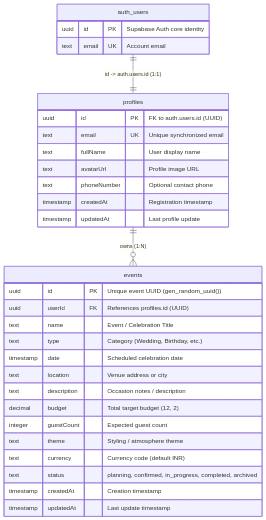
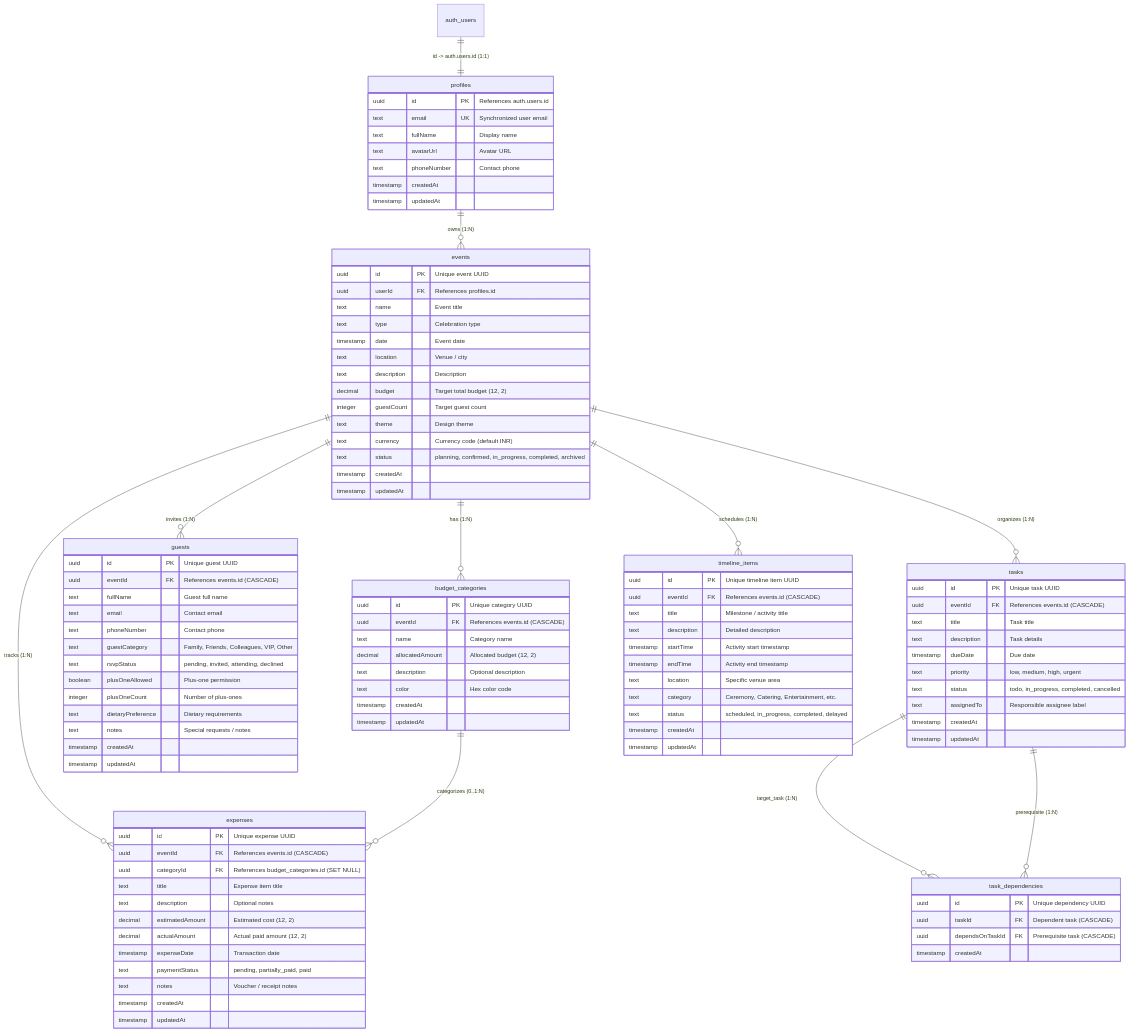
Before and after one commit to ZEESHAN0603/PromptWar: the diagram in docs/database-design.md, drawn with Mermaid. The commit also changed other lines of this file and 38 other files, not shown here.

Commit message:
Phase 3 Completed -- Budget, Guests & Timeline

````diff
--- a/docs/database-design.md
+++ b/docs/database-design.md
@@ -16,36 +16,115 @@
 erDiagram
     auth_users ||--|| profiles : "id -> auth.users.id (1:1)"
     profiles ||--o{ events : "owns (1:N)"
-
-    auth_users {
-        uuid id PK "Supabase Auth core identity"
-        text email UK "Account email"
-    }
+    events ||--o{ budget_categories : "has (1:N)"
+    events ||--o{ expenses : "tracks (1:N)"
+    budget_categories ||--o{ expenses : "categorizes (0..1:N)"
+    events ||--o{ guests : "invites (1:N)"
+    events ||--o{ tasks : "organizes (1:N)"
+    tasks ||--o{ task_dependencies : "target_task (1:N)"
+    tasks ||--o{ task_dependencies : "prerequisite (1:N)"
+    events ||--o{ timeline_items : "schedules (1:N)"
 
     profiles {
-        uuid id PK "FK to auth.users.id (UUID)"
-        text email UK "Unique synchronized email"
-        text fullName "User display name"
-        text avatarUrl "Profile image URL"
-        text phoneNumber "Optional contact phone"
-        timestamp createdAt "Registration timestamp"
-        timestamp updatedAt "Last profile update"
+        uuid id PK "References auth.users.id"
+        text email UK "Synchronized user email"
+        text fullName "Display name"
+        text avatarUrl "Avatar URL"
+        text phoneNumber "Contact phone"
+        timestamp createdAt
+        timestamp updatedAt
     }
 
     events {
-        uuid id PK "Unique event UUID (gen_random_uuid())"
-        uuid userId FK "References profiles.id (UUID)"
-        text name "Event / Celebration Title"
-        text type "Category (Wedding, Birthday, etc.)"
-        timestamp date "Scheduled celebration date"
-        text location "Venue address or city"
-        text description "Occasion notes / description"
-        decimal budget "Total target budget (12, 2)"
-        integer guestCount "Expected guest count"
-        text theme "Styling / atmosphere theme"
+        uuid id PK "Unique event UUID"
+        uuid userId FK "References profiles.id"
+        text name "Event title"
+        text type "Celebration type"
+        timestamp date "Event date"
+        text location "Venue / city"
+        text description "Description"
+        decimal budget "Target total budget (12, 2)"
+        integer guestCount "Target guest count"
+        text theme "Design theme"
         text currency "Currency code (default INR)"
         text status "planning, confirmed, in_progress, completed, archived"
-        timestamp createdAt "Creation timestamp"
-        timestamp updatedAt "Last update timestamp"
+        timestamp createdAt
+        timestamp updatedAt
+    }
+
+    budget_categories {
+        uuid id PK "Unique category UUID"
+        uuid eventId FK "References events.id (CASCADE)"
+        text name "Category name"
+        decimal allocatedAmount "Allocated budget (12, 2)"
+        text description "Optional description"
+        text color "Hex color code"
+        timestamp createdAt
+        timestamp updatedAt
+    }
+
+    expenses {
+        uuid id PK "Unique expense UUID"
+        uuid eventId FK "References events.id (CASCADE)"
+        uuid categoryId FK "References budget_categories.id (SET NULL)"
+        text title "Expense item title"
+        text description "Optional notes"
+        decimal estimatedAmount "Estimated cost (12, 2)"
+        decimal actualAmount "Actual paid amount (12, 2)"
+        timestamp expenseDate "Transaction date"
+        text paymentStatus "pending, partially_paid, paid"
+        text notes "Voucher / receipt notes"
+        timestamp createdAt
+        timestamp updatedAt
+    }
+
+    guests {
+        uuid id PK "Unique guest UUID"
+        uuid eventId FK "References events.id (CASCADE)"
+        text fullName "Guest full name"
+        text email "Contact email"
+        text phoneNumber "Contact phone"
+        text guestCategory "Family, Friends, Colleagues, VIP, Other"
+        text rsvpStatus "pending, invited, attending, declined"
+        boolean plusOneAllowed "Plus-one permission"
+        integer plusOneCount "Number of plus-ones"
+        text dietaryPreference "Dietary requirements"
+        text notes "Special requests / notes"
+        timestamp createdAt
+        timestamp updatedAt
+    }
+
+    tasks {
+        uuid id PK "Unique task UUID"
+        uuid eventId FK "References events.id (CASCADE)"
+        text title "Task title"
+        text description "Task details"
+        timestamp dueDate "Due date"
+        text priority "low, medium, high, urgent"
+        text status "todo, in_progress, completed, cancelled"
+        text assignedTo "Responsible assignee label"
+        timestamp createdAt
+        timestamp updatedAt
+    }
+
+    task_dependencies {
+        uuid id PK "Unique dependency UUID"
+        uuid taskId FK "Dependent task (CASCADE)"
+        uuid dependsOnTaskId FK "Prerequisite task (CASCADE)"
+        timestamp createdAt
+    }
+
+    timeline_items {
+        uuid id PK "Unique timeline item UUID"
+        uuid eventId FK "References events.id (CASCADE)"
+        text title "Milestone / activity title"
+        text description "Detailed description"
+        timestamp startTime "Activity start timestamp"
+        timestamp endTime "Activity end timestamp"
+        text location "Specific venue area"
+        text category "Ceremony, Catering, Entertainment, etc."
+        text status "scheduled, in_progress, completed, delayed"
+        timestamp createdAt
+        timestamp updatedAt
     }
 ```
````
